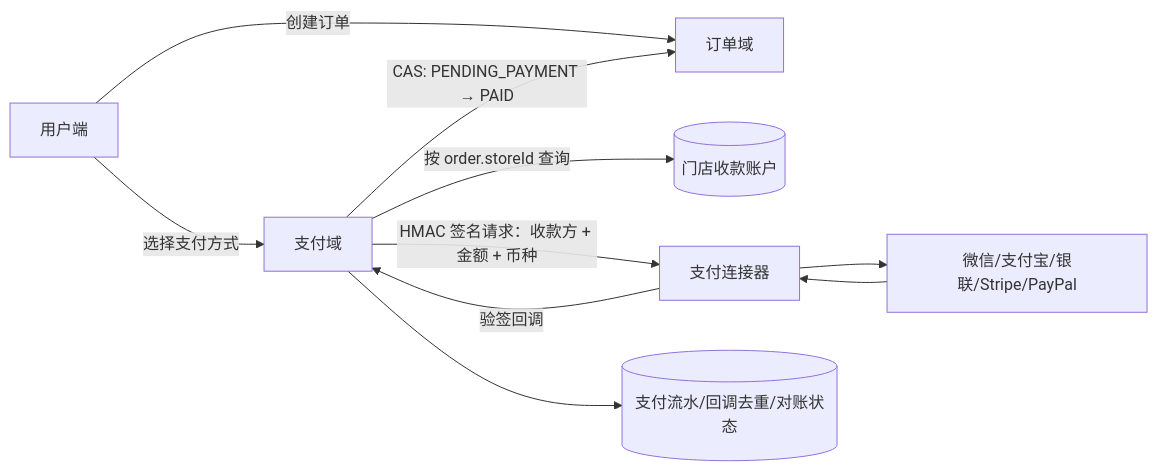
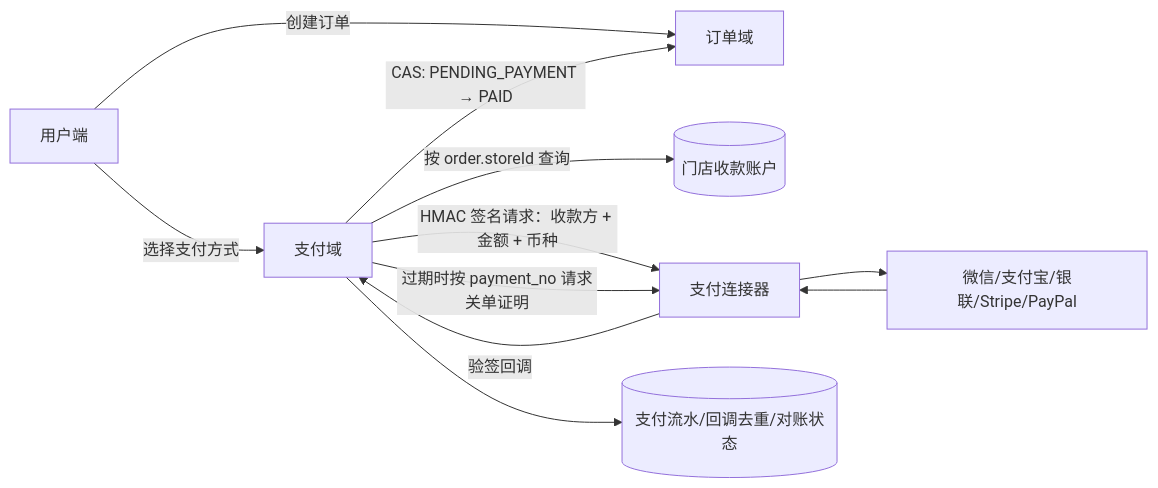
One commit to ZhangNoName/LingDian changed the diagram in docs/10-payment-order-architecture.md. Above: the diagram before and after it, drawn with Mermaid. The commit also changed other lines of this file and 178 other files, not shown here.

````diff
--- a/docs/10-payment-order-architecture.md
+++ b/docs/10-payment-order-architecture.md
@@ -9,12 +9,13 @@
 ```mermaid
 flowchart LR
   U[用户端] -->|创建订单| O[订单域]
   U -->|选择支付方式| P[支付域]
   P -->|按 order.storeId 查询| A[(门店收款账户)]
   P -->|HMAC 签名请求：收款方 + 金额 + 币种| C[支付连接器]
+  P -->|过期时按 payment_no 请求关单证明| C
   C --> W[微信/支付宝/银联/Stripe/PayPal]
   W --> C
   C -->|验签回调| P
   P -->|CAS: PENDING_PAYMENT → PAID| O
   P --> T[(支付流水/回调去重/对账状态)]
 ```
````
